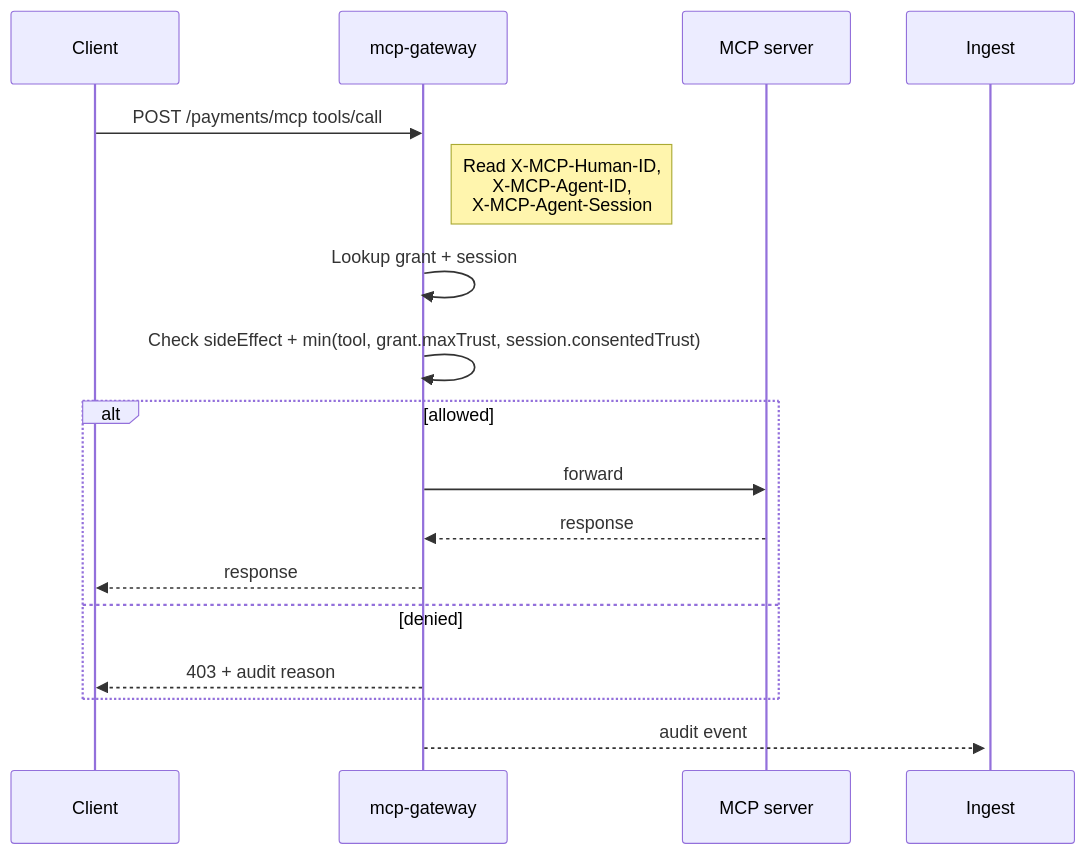
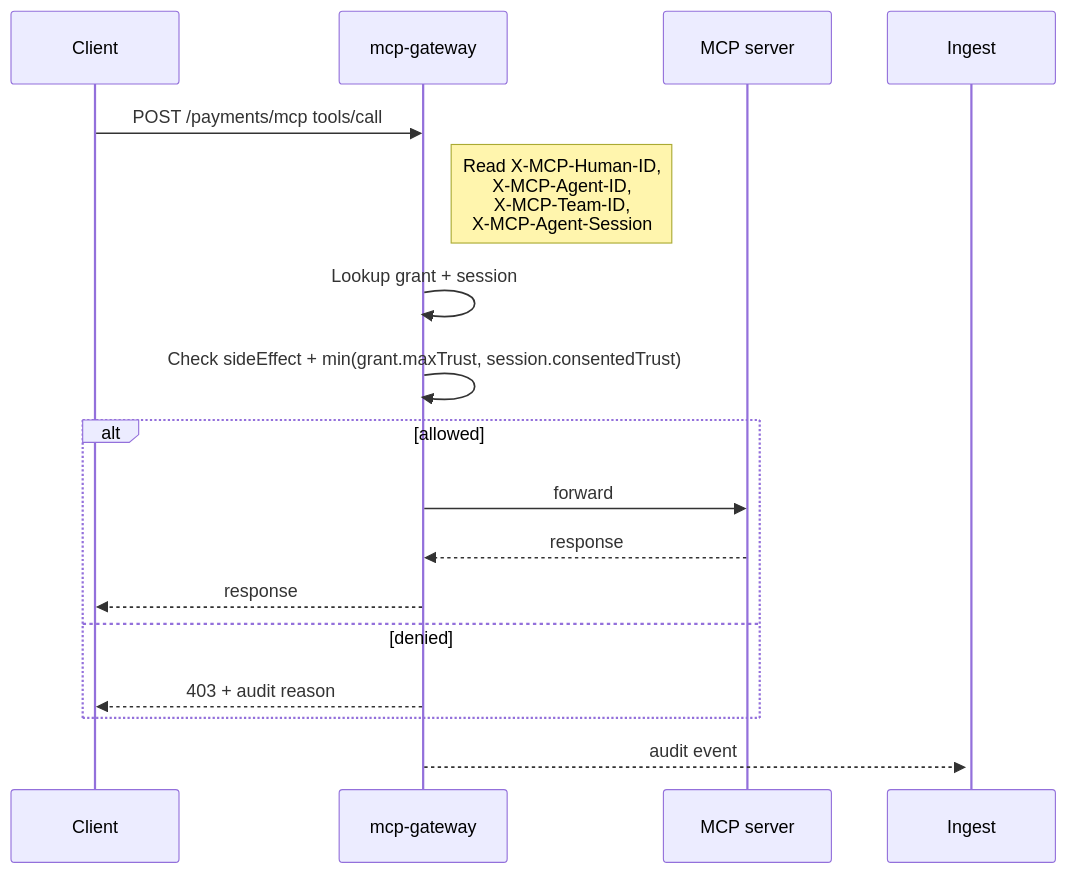
One commit to Agent-Hellboy/mcp-runtime changed the second of 2 diagrams in docs/api.md. Above: the diagram before and after it, drawn with Mermaid. The commit also changed other lines of this file and 24 other files, not shown here.

````diff
--- a/docs/api.md
+++ b/docs/api.md
@@ -312,18 +316,18 @@
 ```mermaid
 sequenceDiagram
     participant Client
     participant Gateway as mcp-gateway
     participant Server as MCP server
     Client->>Gateway: POST /payments/mcp tools/call
-    Note right of Gateway: Read X-MCP-Human-ID,<br/>X-MCP-Agent-ID,<br/>X-MCP-Agent-Session
+    Note right of Gateway: Read X-MCP-Human-ID,<br/>X-MCP-Agent-ID,<br/>X-MCP-Team-ID,<br/>X-MCP-Agent-Session
     Gateway->>Gateway: Lookup grant + session
-    Gateway->>Gateway: Check sideEffect + min(tool, grant.maxTrust, session.consentedTrust)
+    Gateway->>Gateway: Check sideEffect + min(grant.maxTrust, session.consentedTrust)
     alt allowed
         Gateway->>Server: forward
         Server-->>Gateway: response
         Gateway-->>Client: response
     else denied
         Gateway-->>Client: 403 + audit reason
     end
     Gateway-->>+Ingest: audit event
 ```
````
